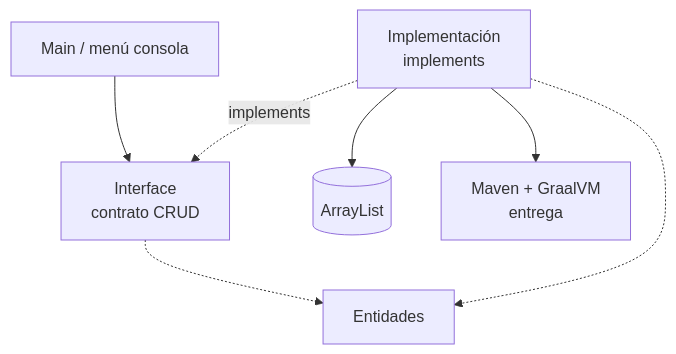
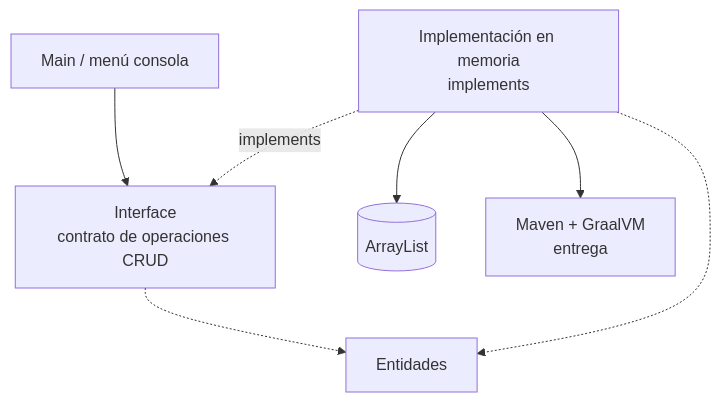
Before and after one commit to 262poo/comarket: the diagram in docs/S05_CRUD_Memoria_ArrayList.md, drawn with Mermaid. The commit also changed other lines of this file and 7 other files, not shown here.

````diff
--- a/docs/S05_CRUD_Memoria_ArrayList.md
+++ b/docs/S05_CRUD_Memoria_ArrayList.md
@@ -62,16 +62,16 @@
 ```mermaid
 flowchart TB
     Main["Main / menú consola"]
-    Interface["Interface<br/>contrato CRUD"]
-    Gestor["Implementación<br/>implements"]
+    Interface["Interface<br/>contrato de operaciones CRUD"]
+    Gestor["Implementación en memoria<br/>implements"]
     Entidades["Entidades"]
     Lista[("ArrayList")]
     Build["Maven + GraalVM<br/>entrega"]
 
     Main --> Interface
     Gestor -. implements .-> Interface
     Interface -.-> Entidades
     Gestor -.-> Entidades
     Gestor --> Lista
     Gestor --> Build
 ```
````
